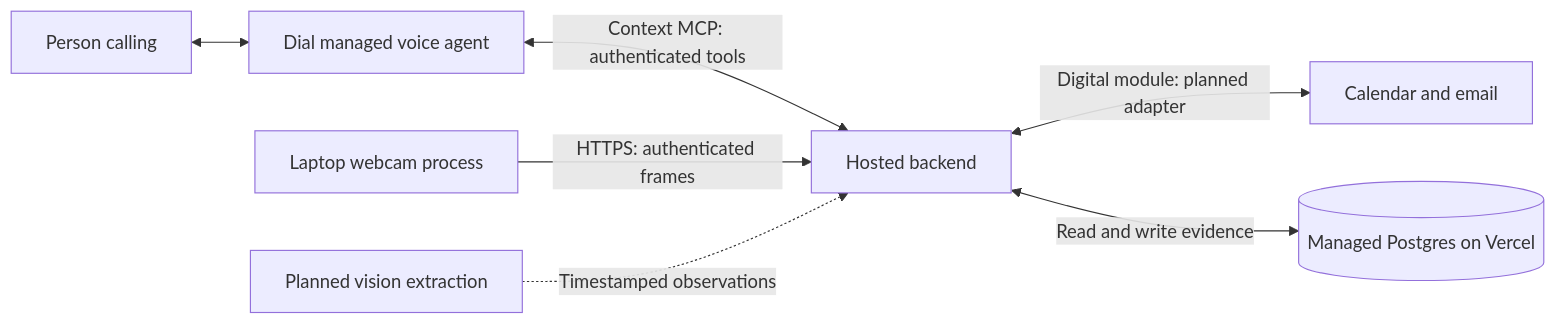
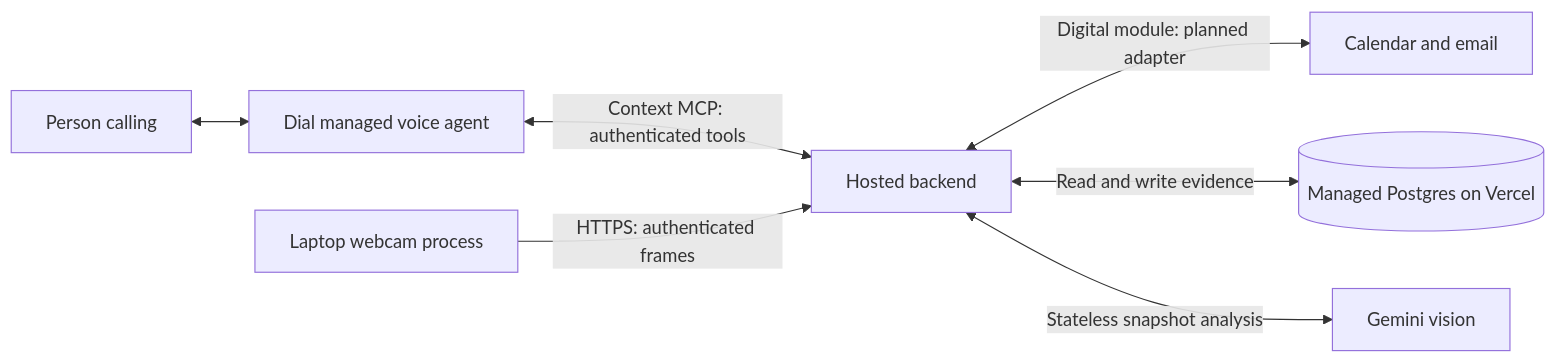
The diagram in README.md (mattdomingo/speedhacks), drawn with Mermaid before and after one commit. The commit also changed other lines of this file and 4 other files, not shown here.

````diff
--- a/README.md
+++ b/README.md
@@ -9,9 +9,9 @@
 ```mermaid
 flowchart LR
     Caller[Person calling] <--> Dial[Dial managed voice agent]
     Dial <-->|Context MCP: authenticated tools| Backend[Hosted backend]
     Backend <-->|Digital module: planned adapter| Google[Calendar and email]
     Backend <-->|Read and write evidence| Store[(Managed Postgres on Vercel)]
     Camera[Laptop webcam process] -->|HTTPS: authenticated frames| Backend
-    Vision[Planned vision extraction] -.->|Timestamped observations| Backend
+    Backend <-->|Stateless snapshot analysis| Vision[Gemini vision]
 ```
````
